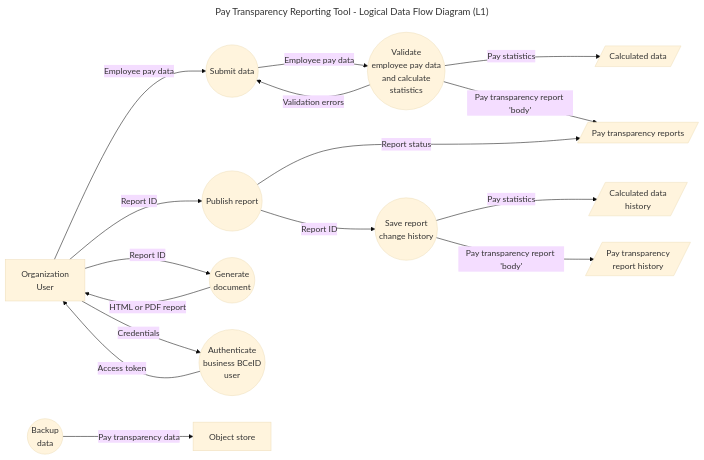
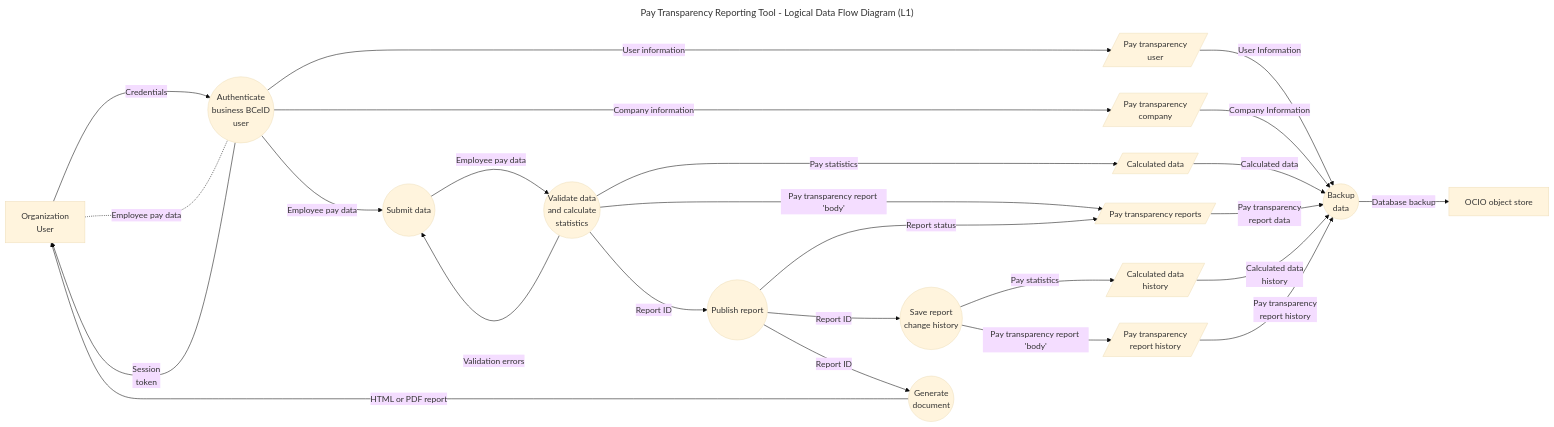
One commit to bcgov/fin-pay-transparency changed the diagram in .diagrams/architecture/data-flow-diagrams/pay-transparency-reporting-tool-L1.mermaid. Above: the diagram before and after it, drawn with Mermaid (base theme).

Commit message:
Updated data flow diagram

```diff
--- a/.diagrams/architecture/data-flow-diagrams/pay-transparency-reporting-tool-L1.mermaid
+++ b/.diagrams/architecture/data-flow-diagrams/pay-transparency-reporting-tool-L1.mermaid
@@ -1,19 +1,28 @@
 ---
 title: Pay Transparency Reporting Tool - Logical Data Flow Diagram (L1)
 ---
 flowchart LR
-    Org["Organization<br>User"] -->|"Employee pay data"| SubmissionProcess(("Submit data"))
-    SubmissionProcess --> |"Employee pay data"| ValidateAndCalculateProcess(("Validate<br>employee pay data<br>and calculate<br>statistics"))    
-    ValidateAndCalculateProcess --> |Pay statistics| CalculatedData[/"Calculated data"/]
-    ValidateAndCalculateProcess --> |Pay transparency report 'body'| Report[/"Pay transparency reports"/]    
+    Org["Organization<br>User"] ---> |Credentials|AuthenticateProcess((Authenticate<br>business BCeID<br>user))
+    AuthenticateProcess --> |"Session<br>token"| Org
+    Org  -.- |"Employee pay data"| AuthenticateProcess    
+    AuthenticateProcess -->|"User information"| UserInfo[/"Pay transparency<br>user"/]
+    UserInfo -->|"User Information"|Backup
+    AuthenticateProcess -->|"Company information"| CompanyInfo[/"Pay transparency<br>company"/]
+    CompanyInfo -->|"Company Information"|Backup
+    AuthenticateProcess -->|"Employee pay data"| SubmissionProcess(("Submit data"))
+    SubmissionProcess --> |"Employee pay data"| ValidateAndCalculateProcess(("Validate data<br>and calculate<br>statistics"))    
     ValidateAndCalculateProcess --> |"Validation errors"| SubmissionProcess
-    Org -->|"Report ID"| PublishProcess(("Publish report"))
+    ValidateAndCalculateProcess --> |"Pay statistics"| CalculatedData[/"Calculated data"/]
+    CalculatedData -->|"Calculated data"|Backup
+    ValidateAndCalculateProcess ----> |"Pay transparency report 'body'"| Report[/"Pay transparency reports"/]
+    Report -->|"Pay transparency<br>report data"|Backup   
+        ValidateAndCalculateProcess -->|"Report ID"| PublishProcess(("Publish report"))
     PublishProcess --> |Report status| Report
-    Org --> |Report ID| DocGenProcess(("Generate<br>document"))
-    DocGenProcess --> |HTML or PDF report| Org                
-    Org --> |Credentials|AuthenticateProcess((Authenticate<br>business BCeID<br>user))
-    AuthenticateProcess --> |Access token|Org    
     PublishProcess -->|Report ID| HistoryProcess((Save report<br>change history))
+    PublishProcess --> |Report ID| DocGenProcess(("Generate<br>document"))
+    DocGenProcess --> |HTML or PDF report| Org
     HistoryProcess --> |Pay statistics| CalculatedDataHistory[/"Calculated data<br>history"/]
-    HistoryProcess --> |Pay transparency report 'body'| ReportHistory[/"Pay transparency<br>report history"/]    
-    Backup(("Backup<br>data")) -->|Pay transparency data| ObjectStore[Object store]    
+    CalculatedDataHistory -->|"Calculated data<br>history"|Backup
+    HistoryProcess --> |"Pay transparency report 'body'"| ReportHistory[/"Pay transparency<br>report history"/]
+    ReportHistory -->|"Pay transparency<br>report history"|Backup  
+    Backup(("Backup<br>data")) -->|Database backup| ObjectStore[OCIO object store] 
```
